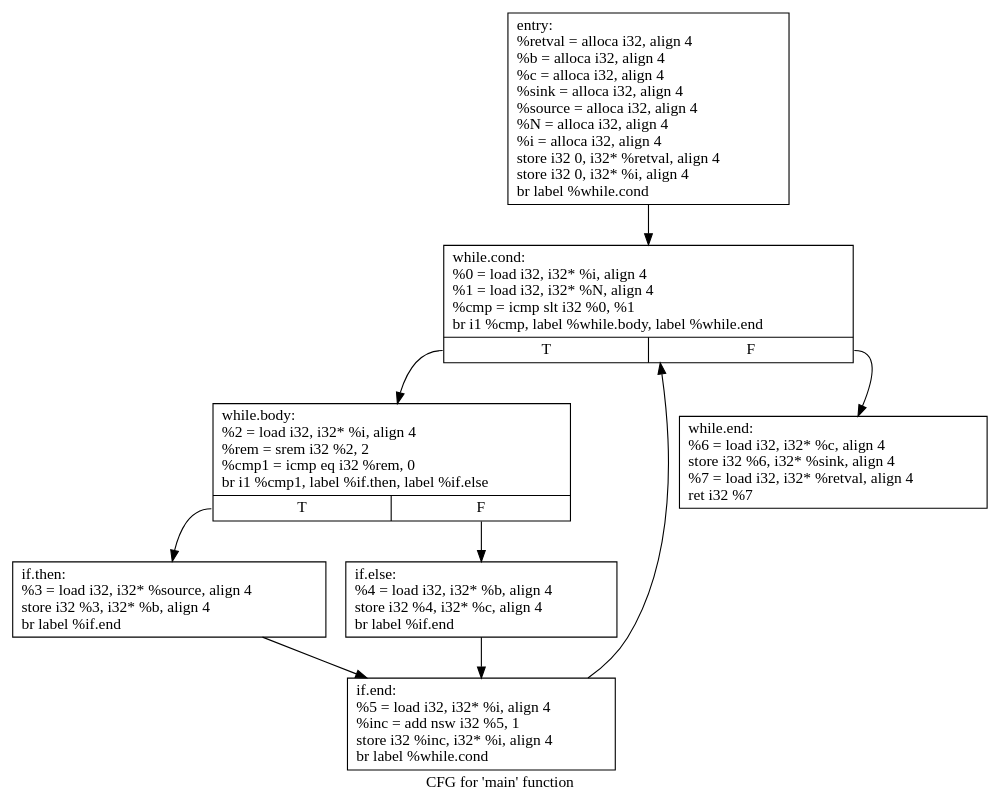
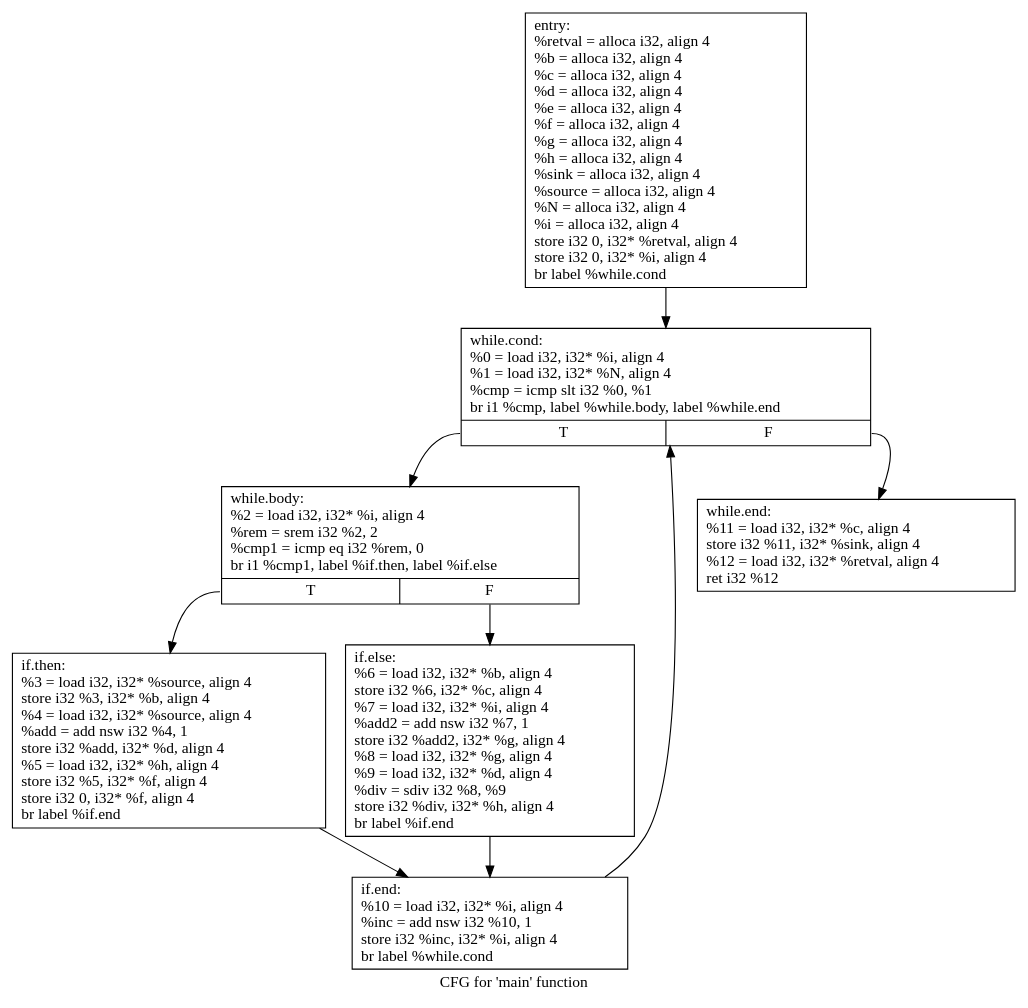
One commit to hjw95/program-analysis changed the diagram in graphs/assignment2-example4.dot. Above: the diagram before and after it, drawn with Graphviz. The commit also changed 50 other files, not shown here.

```diff
--- a/graphs/assignment2-example4.dot
+++ b/graphs/assignment2-example4.dot
@@ -1,19 +1,19 @@
 digraph "CFG for 'main' function" {
 	label="CFG for 'main' function";
 
-	Node0x562e1c0189b0 [shape=record,label="{entry:\l  %retval = alloca i32, align 4\l  %b = alloca i32, align 4\l  %c = alloca i32, align 4\l  %sink = alloca i32, align 4\l  %source = alloca i32, align 4\l  %N = alloca i32, align 4\l  %i = alloca i32, align 4\l  store i32 0, i32* %retval, align 4\l  store i32 0, i32* %i, align 4\l  br label %while.cond\l}"];
-	Node0x562e1c0189b0 -> Node0x562e1c0195d0;
-	Node0x562e1c0195d0 [shape=record,label="{while.cond:                                       \l  %0 = load i32, i32* %i, align 4\l  %1 = load i32, i32* %N, align 4\l  %cmp = icmp slt i32 %0, %1\l  br i1 %cmp, label %while.body, label %while.end\l|{<s0>T|<s1>F}}"];
-	Node0x562e1c0195d0:s0 -> Node0x562e1c019820;
-	Node0x562e1c0195d0:s1 -> Node0x562e1c019900;
-	Node0x562e1c019820 [shape=record,label="{while.body:                                       \l  %2 = load i32, i32* %i, align 4\l  %rem = srem i32 %2, 2\l  %cmp1 = icmp eq i32 %rem, 0\l  br i1 %cmp1, label %if.then, label %if.else\l|{<s0>T|<s1>F}}"];
-	Node0x562e1c019820:s0 -> Node0x562e1c019ce0;
-	Node0x562e1c019820:s1 -> Node0x562e1c019db0;
-	Node0x562e1c019ce0 [shape=record,label="{if.then:                                          \l  %3 = load i32, i32* %source, align 4\l  store i32 %3, i32* %b, align 4\l  br label %if.end\l}"];
-	Node0x562e1c019ce0 -> Node0x562e1c019f00;
-	Node0x562e1c019db0 [shape=record,label="{if.else:                                          \l  %4 = load i32, i32* %b, align 4\l  store i32 %4, i32* %c, align 4\l  br label %if.end\l}"];
-	Node0x562e1c019db0 -> Node0x562e1c019f00;
-	Node0x562e1c019f00 [shape=record,label="{if.end:                                           \l  %5 = load i32, i32* %i, align 4\l  %inc = add nsw i32 %5, 1\l  store i32 %inc, i32* %i, align 4\l  br label %while.cond\l}"];
-	Node0x562e1c019f00 -> Node0x562e1c0195d0;
-	Node0x562e1c019900 [shape=record,label="{while.end:                                        \l  %6 = load i32, i32* %c, align 4\l  store i32 %6, i32* %sink, align 4\l  %7 = load i32, i32* %retval, align 4\l  ret i32 %7\l}"];
+	Node0x555718f84bf0 [shape=record,label="{entry:\l  %retval = alloca i32, align 4\l  %b = alloca i32, align 4\l  %c = alloca i32, align 4\l  %d = alloca i32, align 4\l  %e = alloca i32, align 4\l  %f = alloca i32, align 4\l  %g = alloca i32, align 4\l  %h = alloca i32, align 4\l  %sink = alloca i32, align 4\l  %source = alloca i32, align 4\l  %N = alloca i32, align 4\l  %i = alloca i32, align 4\l  store i32 0, i32* %retval, align 4\l  store i32 0, i32* %i, align 4\l  br label %while.cond\l}"];
+	Node0x555718f84bf0 -> Node0x555718f85c30;
+	Node0x555718f85c30 [shape=record,label="{while.cond:                                       \l  %0 = load i32, i32* %i, align 4\l  %1 = load i32, i32* %N, align 4\l  %cmp = icmp slt i32 %0, %1\l  br i1 %cmp, label %while.body, label %while.end\l|{<s0>T|<s1>F}}"];
+	Node0x555718f85c30:s0 -> Node0x555718f85e80;
+	Node0x555718f85c30:s1 -> Node0x555718f85f60;
+	Node0x555718f85e80 [shape=record,label="{while.body:                                       \l  %2 = load i32, i32* %i, align 4\l  %rem = srem i32 %2, 2\l  %cmp1 = icmp eq i32 %rem, 0\l  br i1 %cmp1, label %if.then, label %if.else\l|{<s0>T|<s1>F}}"];
+	Node0x555718f85e80:s0 -> Node0x555718f861a0;
+	Node0x555718f85e80:s1 -> Node0x555718f86270;
+	Node0x555718f861a0 [shape=record,label="{if.then:                                          \l  %3 = load i32, i32* %source, align 4\l  store i32 %3, i32* %b, align 4\l  %4 = load i32, i32* %source, align 4\l  %add = add nsw i32 %4, 1\l  store i32 %add, i32* %d, align 4\l  %5 = load i32, i32* %h, align 4\l  store i32 %5, i32* %f, align 4\l  store i32 0, i32* %f, align 4\l  br label %if.end\l}"];
+	Node0x555718f861a0 -> Node0x555718f866e0;
+	Node0x555718f86270 [shape=record,label="{if.else:                                          \l  %6 = load i32, i32* %b, align 4\l  store i32 %6, i32* %c, align 4\l  %7 = load i32, i32* %i, align 4\l  %add2 = add nsw i32 %7, 1\l  store i32 %add2, i32* %g, align 4\l  %8 = load i32, i32* %g, align 4\l  %9 = load i32, i32* %d, align 4\l  %div = sdiv i32 %8, %9\l  store i32 %div, i32* %h, align 4\l  br label %if.end\l}"];
+	Node0x555718f86270 -> Node0x555718f866e0;
+	Node0x555718f866e0 [shape=record,label="{if.end:                                           \l  %10 = load i32, i32* %i, align 4\l  %inc = add nsw i32 %10, 1\l  store i32 %inc, i32* %i, align 4\l  br label %while.cond\l}"];
+	Node0x555718f866e0 -> Node0x555718f85c30;
+	Node0x555718f85f60 [shape=record,label="{while.end:                                        \l  %11 = load i32, i32* %c, align 4\l  store i32 %11, i32* %sink, align 4\l  %12 = load i32, i32* %retval, align 4\l  ret i32 %12\l}"];
 }
```
